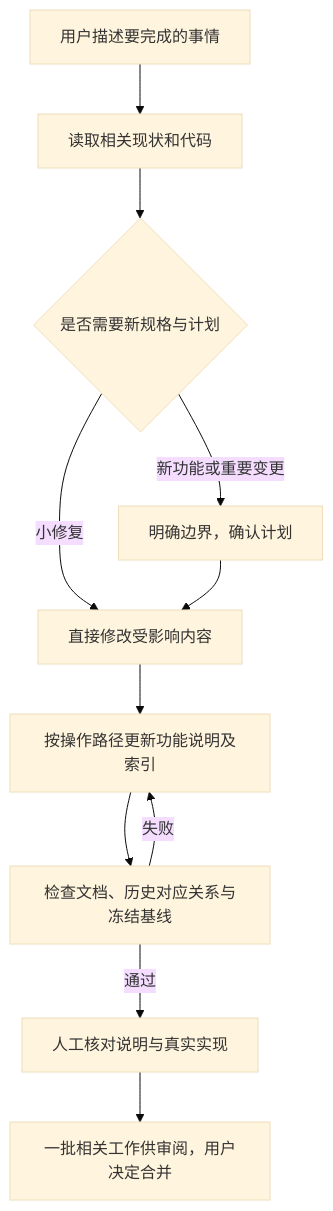
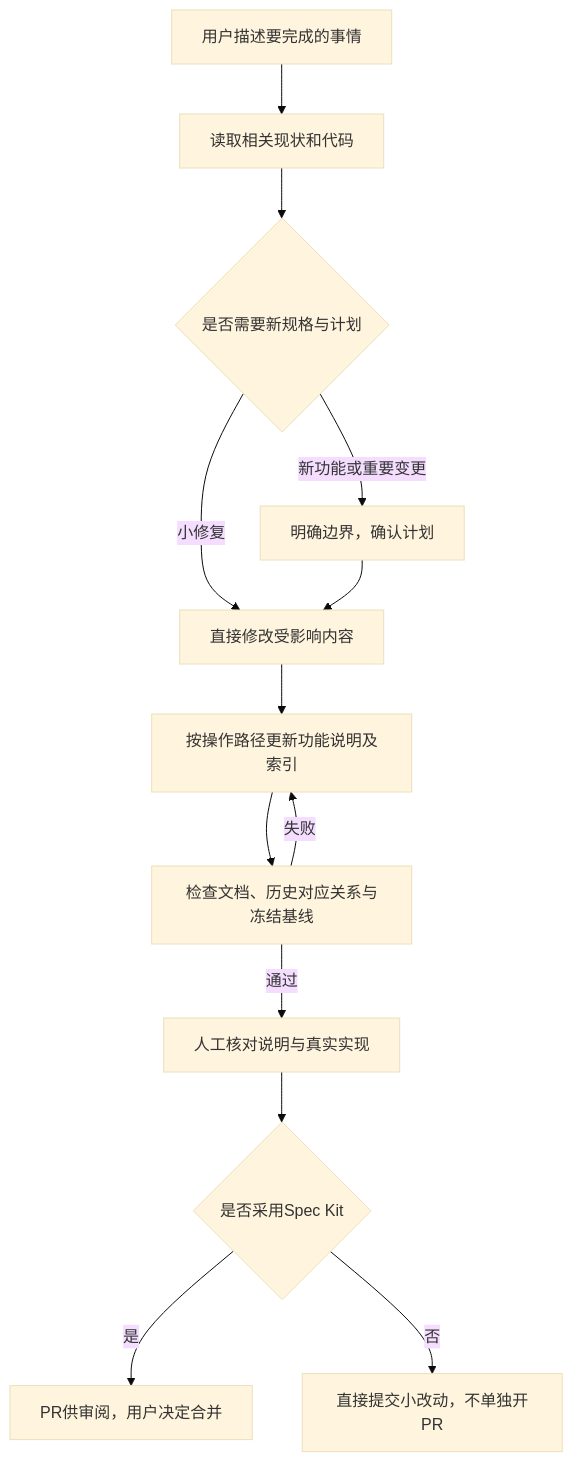
Before and after one commit to Vibes-college/Vibes: the diagram in docs/features/document-governance.md, drawn with Mermaid (base theme). The commit also changed other lines of this file and 4 other files, not shown here.

````diff
--- a/docs/features/document-governance.md
+++ b/docs/features/document-governance.md
@@ -38,13 +38,15 @@
 ```mermaid
 flowchart TD
   A[用户描述要完成的事情] --> B[读取相关现状和代码]
   B --> C{是否需要新规格与计划}
   C -->|新功能或重要变更| D[明确边界，确认计划]
   C -->|小修复| E[直接修改受影响内容]
   D --> E
   E --> F[按操作路径更新功能说明及索引]
   F --> G[检查文档、历史对应关系与冻结基线]
   G -->|失败| F
   G -->|通过| H[人工核对说明与真实实现]
-  H --> I[一批相关工作供审阅，用户决定合并]
+  H --> I{是否采用Spec Kit}
+  I -->|是| J[PR供审阅，用户决定合并]
+  I -->|否| K[直接提交小改动，不单独开PR]
 ```
````
